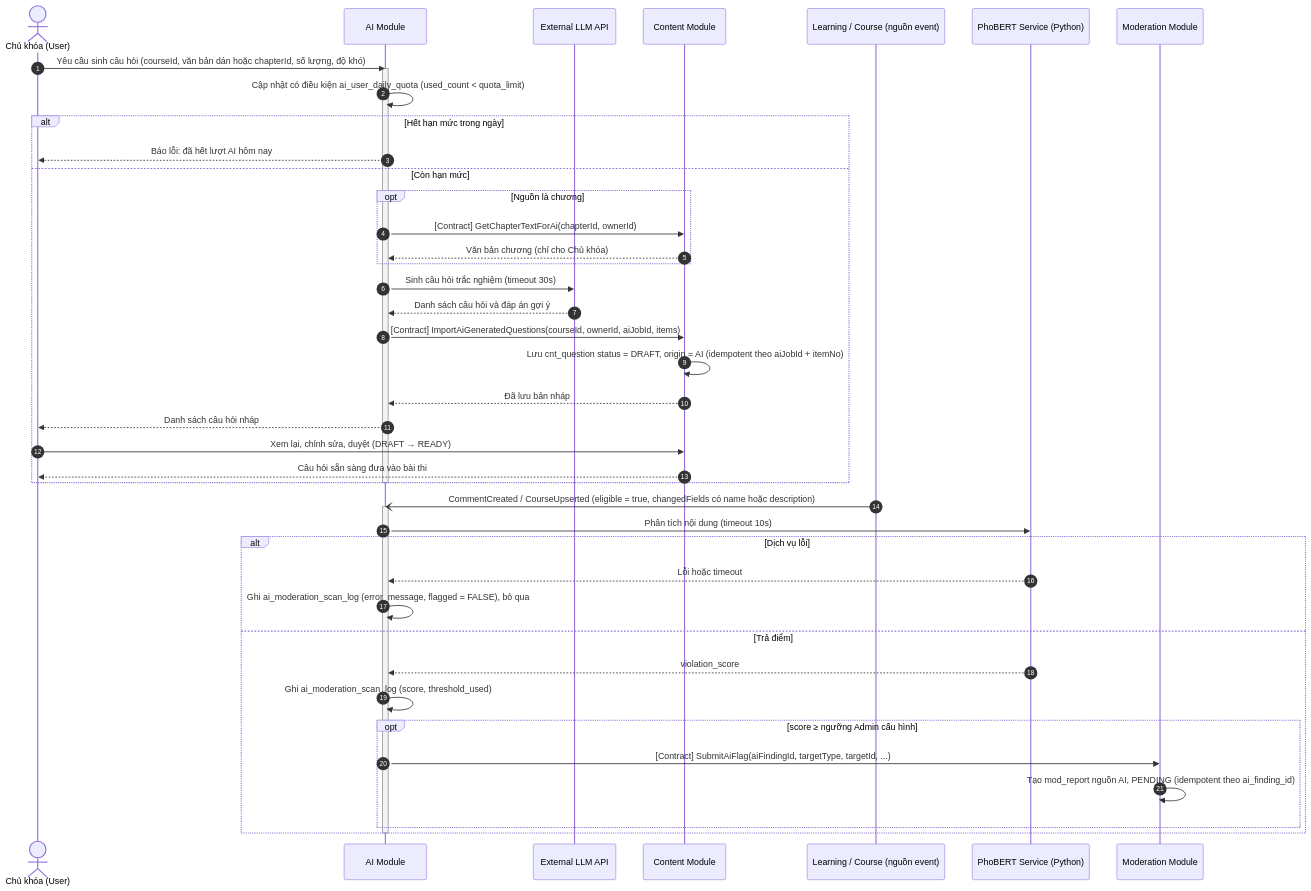
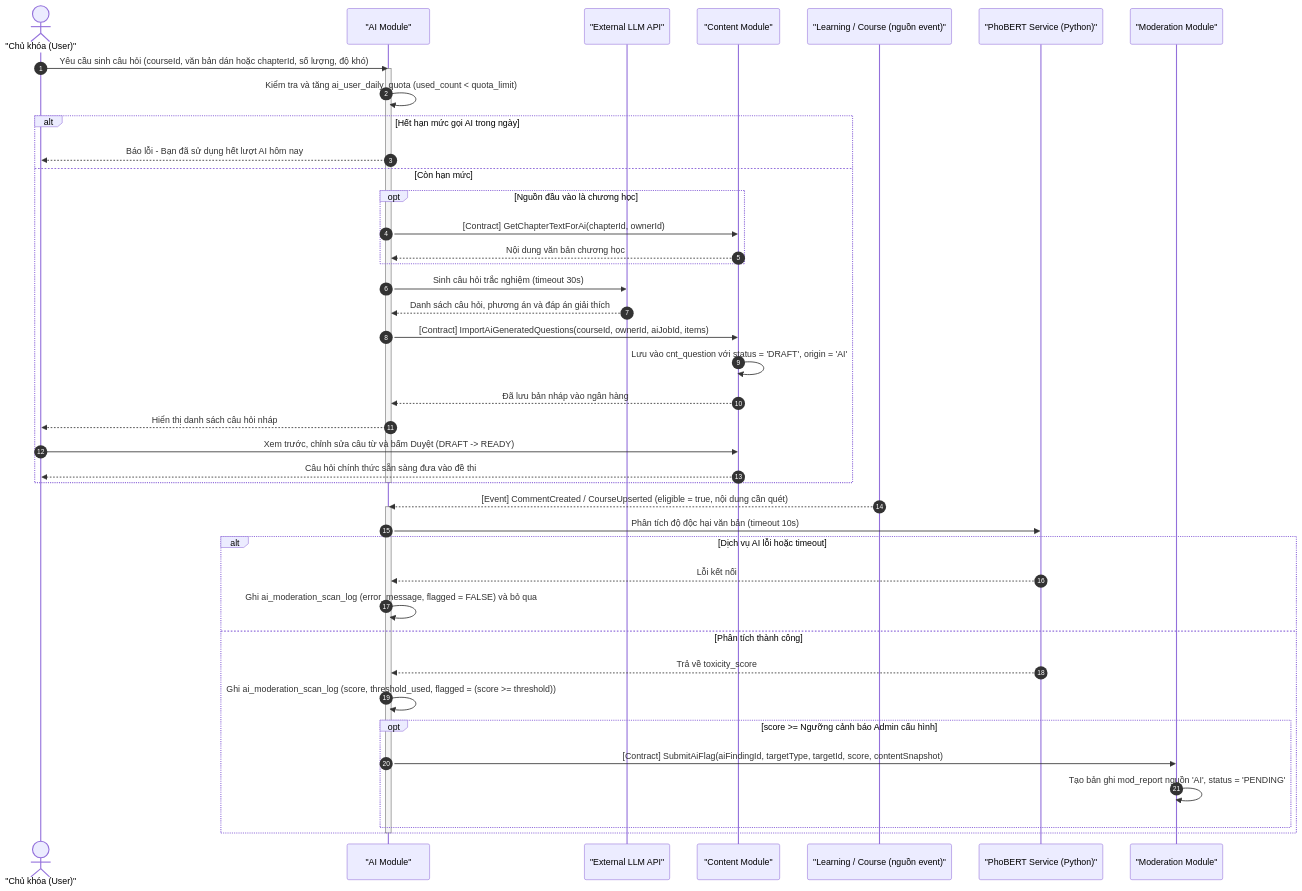
One commit to buithienbao2402/BrainMemo-ModularMonolith changed diagram 11 of 11 in docs/SEQUENCE_DIAGRAMS.md. Above: the diagram before and after it, drawn with Mermaid. The commit also changed other lines of this file, not shown here.

````diff
--- a/docs/SEQUENCE_DIAGRAMS.md
+++ b/docs/SEQUENCE_DIAGRAMS.md
@@ -508,50 +549,50 @@
 ```mermaid
 sequenceDiagram
     autonumber
-    actor Owner as Chủ khóa (User)
-    participant AI as AI Module
-    participant LLM as External LLM API
-    participant Content as Content Module
-    participant Source as Learning / Course (nguồn event)
-    participant PhoBERT as PhoBERT Service (Python)
-    participant Moderation as Moderation Module
+    actor Owner as "Chủ khóa (User)"
+    participant AI as "AI Module"
+    participant LLM as "External LLM API"
+    participant Content as "Content Module"
+    participant Source as "Learning / Course (nguồn event)"
+    participant PhoBERT as "PhoBERT Service (Python)"
+    participant Moderation as "Moderation Module"
 
-    %% Nhánh 1: sinh câu hỏi
+    %% Nhánh 1: Sinh câu hỏi tự động (Human-in-the-loop)
     Owner->>AI: Yêu cầu sinh câu hỏi (courseId, văn bản dán hoặc chapterId, số lượng, độ khó)
     activate AI
-    AI->>AI: Cập nhật có điều kiện ai_user_daily_quota (used_count < quota_limit)
-    alt Hết hạn mức trong ngày
-        AI-->>Owner: Báo lỗi: đã hết lượt AI hôm nay
+    AI->>AI: Kiểm tra và tăng ai_user_daily_quota (used_count < quota_limit)
+    alt Hết hạn mức gọi AI trong ngày
+        AI-->>Owner: Báo lỗi - Bạn đã sử dụng hết lượt AI hôm nay
     else Còn hạn mức
-        opt Nguồn là chương
+        opt Nguồn đầu vào là chương học
             AI->>Content: [Contract] GetChapterTextForAi(chapterId, ownerId)
-            Content-->>AI: Văn bản chương (chỉ cho Chủ khóa)
+            Content-->>AI: Nội dung văn bản chương học
         end
         AI->>LLM: Sinh câu hỏi trắc nghiệm (timeout 30s)
-        LLM-->>AI: Danh sách câu hỏi và đáp án gợi ý
+        LLM-->>AI: Danh sách câu hỏi, phương án và đáp án giải thích
         AI->>Content: [Contract] ImportAiGeneratedQuestions(courseId, ownerId, aiJobId, items)
-        Content->>Content: Lưu cnt_question status = DRAFT, origin = AI (idempotent theo aiJobId + itemNo)
-        Content-->>AI: Đã lưu bản nháp
-        AI-->>Owner: Danh sách câu hỏi nháp
-        Owner->>Content: Xem lại, chỉnh sửa, duyệt (DRAFT → READY)
-        Content-->>Owner: Câu hỏi sẵn sàng đưa vào bài thi
+        Content->>Content: Lưu vào cnt_question với status = 'DRAFT', origin = 'AI'
+        Content-->>AI: Đã lưu bản nháp vào ngân hàng
+        AI-->>Owner: Hiển thị danh sách câu hỏi nháp
+        Owner->>Content: Xem trước, chỉnh sửa câu từ và bấm Duyệt (DRAFT -> READY)
+        Content-->>Owner: Câu hỏi chính thức sẵn sàng đưa vào đề thi
     end
     deactivate AI
 
-    %% Nhánh 2: quét kiểm duyệt (chạy sau khi lưu, không chặn người dùng)
-    Source-)AI: CommentCreated / CourseUpserted (eligible = true, changedFields có name hoặc description)
+    %% Nhánh 2: Quét kiểm duyệt độc hại ngầm bằng PhoBERT (chạy sau lưu, không chặn người dùng)
+    Source-->>AI: [Event] CommentCreated / CourseUpserted (eligible = true, nội dung cần quét)
     activate AI
-    AI->>PhoBERT: Phân tích nội dung (timeout 10s)
-    alt Dịch vụ lỗi
-        PhoBERT-->>AI: Lỗi hoặc timeout
-        AI->>AI: Ghi ai_moderation_scan_log (error_message, flagged = FALSE), bỏ qua
-    else Trả điểm
-        PhoBERT-->>AI: violation_score
-        AI->>AI: Ghi ai_moderation_scan_log (score, threshold_used)
-        opt score ≥ ngưỡng Admin cấu hình
-            AI->>Moderation: [Contract] SubmitAiFlag(aiFindingId, targetType, targetId, ...)
-            Moderation->>Moderation: Tạo mod_report nguồn AI, PENDING (idempotent theo ai_finding_id)
+    AI->>PhoBERT: Phân tích độ độc hại văn bản (timeout 10s)
+    alt Dịch vụ AI lỗi hoặc timeout
+        PhoBERT-->>AI: Lỗi kết nối
+        AI->>AI: Ghi ai_moderation_scan_log (error_message, flagged = FALSE) và bỏ qua
+    else Phân tích thành công
+        PhoBERT-->>AI: Trả về toxicity_score
+        AI->>AI: Ghi ai_moderation_scan_log (score, threshold_used, flagged = (score >= threshold))
+        opt score  >=  Ngưỡng cảnh báo Admin cấu hình
+            AI->>Moderation: [Contract] SubmitAiFlag(aiFindingId, targetType, targetId, score, contentSnapshot)
+            Moderation->>Moderation: Tạo bản ghi mod_report nguồn 'AI', status = 'PENDING'
         end
     end
     deactivate AI
 ```
````
